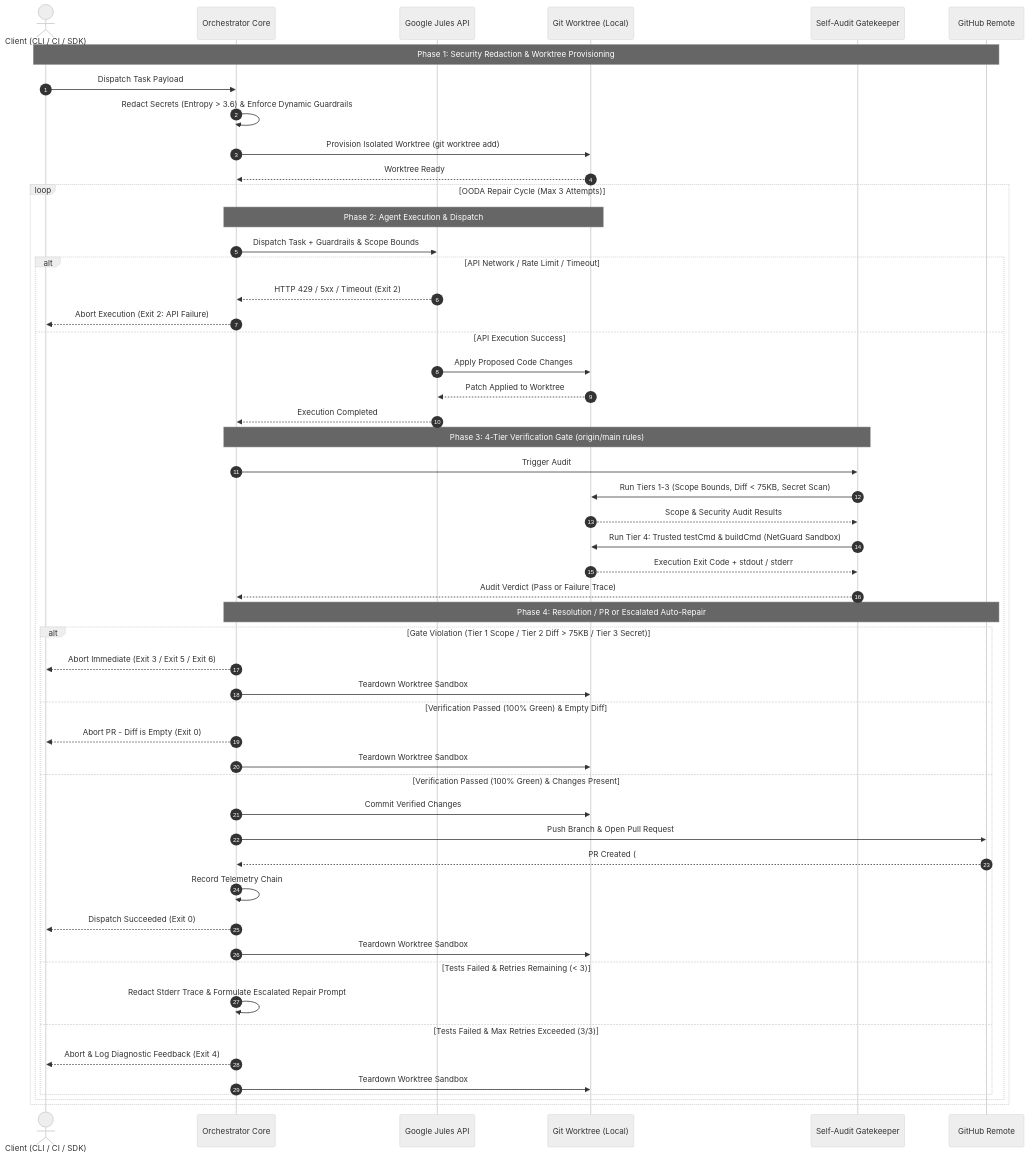
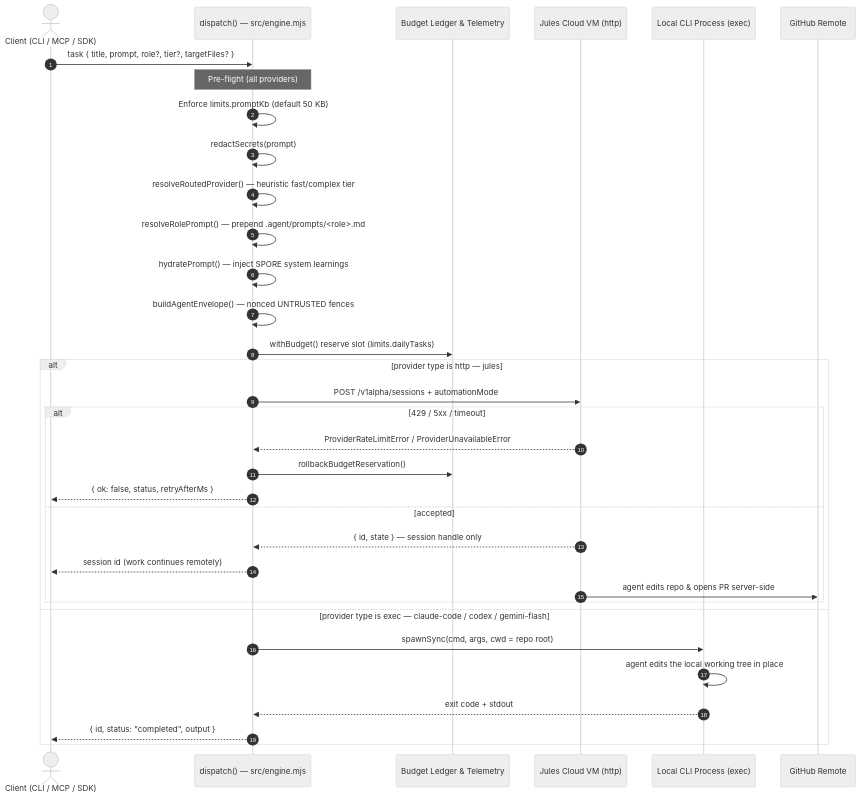
The first of 2 diagrams in docs/architecture.md (FullThrottle83/jules-orchestrator-kit), drawn with Mermaid (neutral theme) before and after one commit. The commit also changed other lines of this file and 2 other files, not shown here.

````diff
--- a/docs/architecture.md
+++ b/docs/architecture.md
@@ -9,60 +37,39 @@
 ```mermaid
 sequenceDiagram
     autonumber
-    
-    actor Trigger as Client (CLI / CI / SDK)
-    participant Orc as Orchestrator Core
-    participant API as Google Jules API
-    participant Tree as Git Worktree (Local)
-    participant Gate as Self-Audit Gatekeeper
-    participant Remote as GitHub Remote
+    actor Trigger as Client (CLI / MCP / SDK)
+    participant Orc as dispatch() — src/engine.mjs
+    participant Ledger as Budget Ledger & Telemetry
+    participant Remote as Jules Cloud VM (http)
+    participant Local as Local CLI Process (exec)
+    participant GH as GitHub Remote
 
-    note over Trigger,Remote: Phase 1: Security Redaction & Worktree Provisioning
-    Trigger->>Orc: Dispatch Task Payload
-    Orc->>Orc: Redact Secrets (Entropy > 3.6) & Enforce Dynamic Guardrails
-    Orc->>Tree: Provision Isolated Worktree (git worktree add)
-    Tree-->>Orc: Worktree Ready
+    Trigger->>Orc: task { title, prompt, role?, tier?, targetFiles? }
 
-    loop OODA Repair Cycle (Max 3 Attempts)
-        note over Orc,Tree: Phase 2: Agent Execution & Dispatch
-        Orc->>API: Dispatch Task + Guardrails & Scope Bounds
-        
-        alt API Network / Rate Limit / Timeout
-            API-->>Orc: HTTP 429 / 5xx / Timeout (Exit 2)
-            Orc-->>Trigger: Abort Execution (Exit 2: API Failure)
-        else API Execution Success
-            API->>Tree: Apply Proposed Code Changes
-            Tree-->>API: Patch Applied to Worktree
-            API-->>Orc: Execution Completed
-            
-            note over Orc,Gate: Phase 3: 4-Tier Verification Gate (origin/main rules)
-            Orc->>Gate: Trigger Audit
-            Gate->>Tree: Run Tiers 1-3 (Scope Bounds, Diff < 75KB, Secret Scan)
-            Tree-->>Gate: Scope & Security Audit Results
-            Gate->>Tree: Run Tier 4: Trusted testCmd & buildCmd (NetGuard Sandbox)
-            Tree-->>Gate: Execution Exit Code + stdout / stderr
-            Gate-->>Orc: Audit Verdict (Pass or Failure Trace)
+    note over Orc: Pre-flight (all providers)
+    Orc->>Orc: Enforce limits.promptKb (default 50 KB)
+    Orc->>Orc: redactSecrets(prompt)
+    Orc->>Orc: resolveRoutedProvider() — heuristic fast/complex tier
+    Orc->>Orc: resolveRolePrompt() — prepend .agent/prompts/<role>.md
+    Orc->>Orc: hydratePrompt() — inject SPORE system learnings
+    Orc->>Orc: buildAgentEnvelope() — nonced UNTRUSTED fences
+    Orc->>Ledger: withBudget() reserve slot (limits.dailyTasks)
 
-            note over Orc,Remote: Phase 4: Resolution / PR or Escalated Auto-Repair
-            alt Gate Violation (Tier 1 Scope / Tier 2 Diff > 75KB / Tier 3 Secret)
-                Orc-->>Trigger: Abort Immediate (Exit 3 / Exit 5 / Exit 6)
-                Orc->>Tree: Teardown Worktree Sandbox
-            else Verification Passed (100% Green) & Empty Diff
-                Orc-->>Trigger: Abort PR - Diff is Empty (Exit 0)
-                Orc->>Tree: Teardown Worktree Sandbox
-            else Verification Passed (100% Green) & Changes Present
-                Orc->>Tree: Commit Verified Changes
-                Orc->>Remote: Push Branch & Open Pull Request
-                Remote-->>Orc: PR Created (#123)
-                Orc->>Orc: Record Telemetry Chain
-                Orc-->>Trigger: Dispatch Succeeded (Exit 0)
-                Orc->>Tree: Teardown Worktree Sandbox
-            else Tests Failed & Retries Remaining (< 3)
-                Orc->>Orc: Redact Stderr Trace & Formulate Escalated Repair Prompt
-            else Tests Failed & Max Retries Exceeded (3/3)
-                Orc-->>Trigger: Abort & Log Diagnostic Feedback (Exit 4)
-                Orc->>Tree: Teardown Worktree Sandbox
-            end
+    alt provider type is http — jules
+        Orc->>Remote: POST /v1alpha/sessions + automationMode
+        alt 429 / 5xx / timeout
+            Remote-->>Orc: ProviderRateLimitError / ProviderUnavailableError
+            Orc->>Ledger: rollbackBudgetReservation()
+            Orc-->>Trigger: { ok: false, status, retryAfterMs }
+        else accepted
+            Remote-->>Orc: { id, state } — session handle only
+            Orc-->>Trigger: session id (work continues remotely)
+            Remote->>GH: agent edits repo & opens PR server-side
         end
+    else provider type is exec — claude-code / codex / gemini-flash
+        Orc->>Local: spawnSync(cmd, args, cwd = repo root)
+        Local->>Local: agent edits the local working tree in place
+        Local-->>Orc: exit code + stdout
+        Orc-->>Trigger: { id, status: "completed", output }
     end
 ```
````
